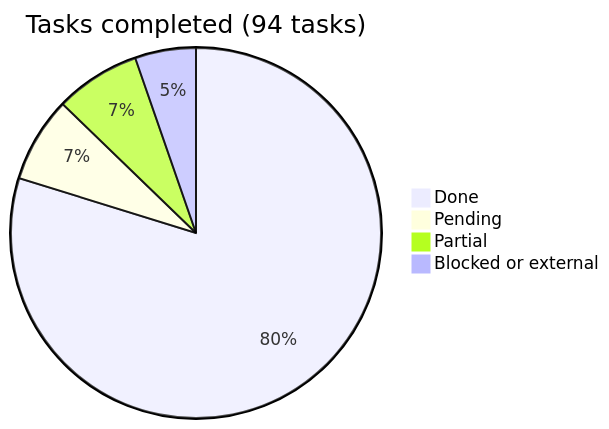
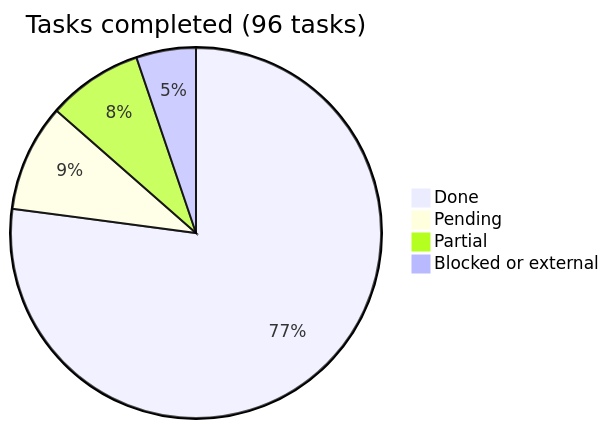
One commit to araguaney-lat/araguaney-app changed the diagram in docs/roadmap/README.md. Above: the diagram before and after it, drawn with Mermaid. The commit also changed other lines of this file and 2 other files, not shown here.

First paragraph of the commit message:
fix(push): initialise Firebase before listening for taps
Running the application on an Android image with Play services, against the
production backend, showed that tapping a notice navigated nowhere — every
time, for the whole session.

````diff
--- a/docs/roadmap/README.md
+++ b/docs/roadmap/README.md
@@ -16,7 +16,7 @@
 ```mermaid
-pie title Tasks completed (94 tasks)
-    "Done" : 75
-    "Pending" : 7
-    "Partial" : 7
+pie title Tasks completed (96 tasks)
+    "Done" : 74
+    "Pending" : 9
+    "Partial" : 8
     "Blocked or external" : 5
 ```
````
